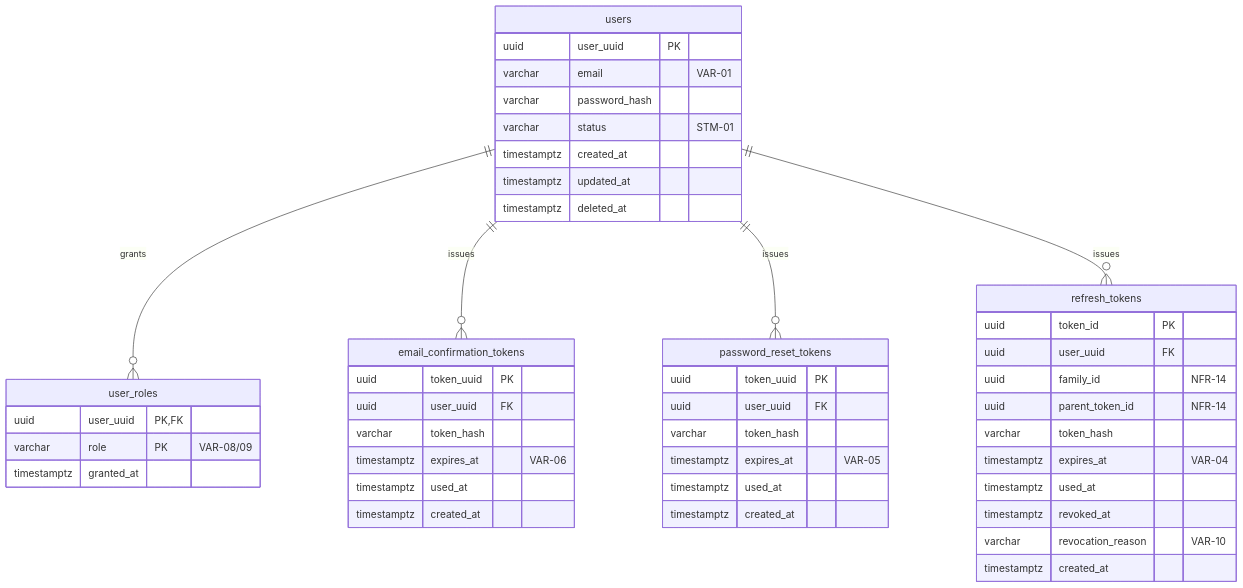
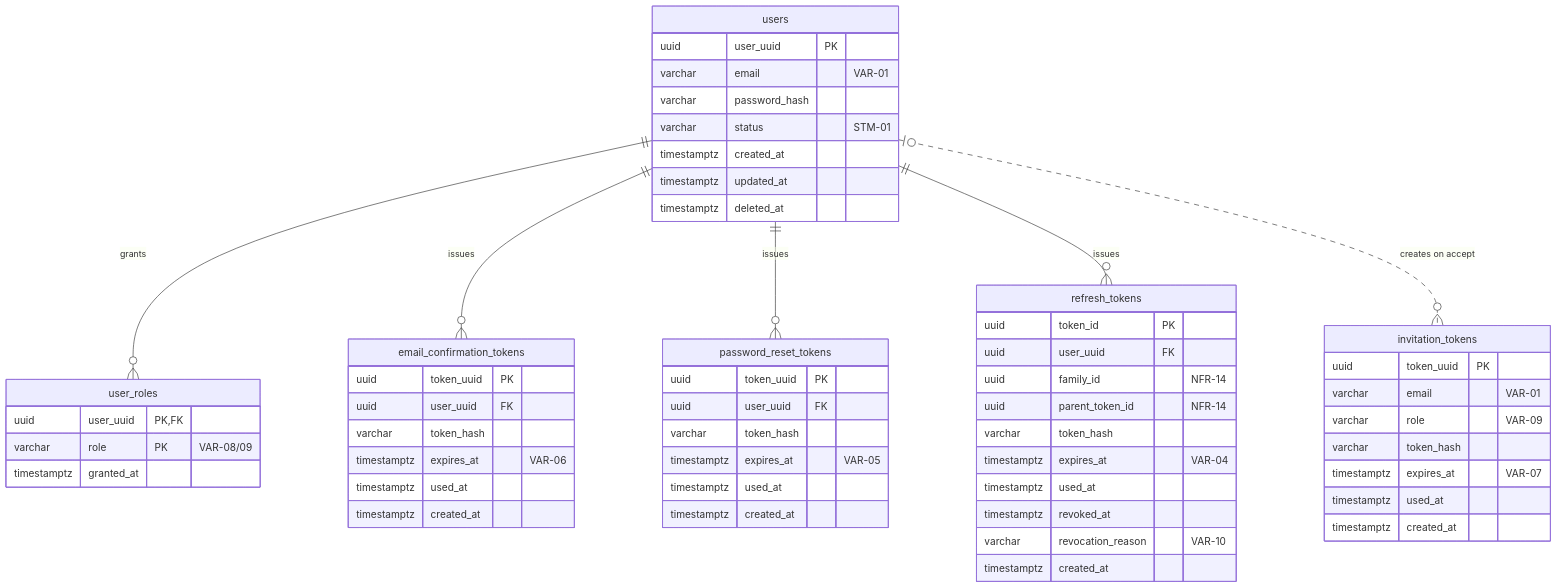
One commit to suunet/POC_HYDRA_AUTH changed the diagram in backend/auth/adapters/db/SCHEMA.md. Above: the diagram before and after it, drawn with Mermaid. The commit also changed other lines of this file and 6 other files, not shown here.

Commit message:
feat(T-019): cycle 4 - invitation_tokens基盤(migration 0006・sqlc生成・domain.NewInvitationToken・発行Tx/受付Txリポジトリ・users_email_unique写像・SCHEMA追従)

````diff
--- a/backend/auth/adapters/db/SCHEMA.md
+++ b/backend/auth/adapters/db/SCHEMA.md
@@ -7,50 +7,60 @@
 ```mermaid
 erDiagram
     users ||--o{ user_roles : "grants"
     users ||--o{ email_confirmation_tokens : "issues"
     users ||--o{ password_reset_tokens : "issues"
     users ||--o{ refresh_tokens : "issues"
+    users |o..o{ invitation_tokens : "creates on accept"
 
     users {
         uuid user_uuid PK
         varchar email "VAR-01"
         varchar password_hash
         varchar status "STM-01"
         timestamptz created_at
         timestamptz updated_at
         timestamptz deleted_at
     }
     user_roles {
         uuid user_uuid PK,FK
         varchar role PK "VAR-08/09"
         timestamptz granted_at
     }
     email_confirmation_tokens {
         uuid token_uuid PK
         uuid user_uuid FK
         varchar token_hash
         timestamptz expires_at "VAR-06"
+        timestamptz used_at
+        timestamptz created_at
+    }
+    invitation_tokens {
+        uuid token_uuid PK
+        varchar email "VAR-01"
+        varchar role "VAR-09"
+        varchar token_hash
+        timestamptz expires_at "VAR-07"
         timestamptz used_at
         timestamptz created_at
     }
     password_reset_tokens {
         uuid token_uuid PK
         uuid user_uuid FK
         varchar token_hash
         timestamptz expires_at "VAR-05"
         timestamptz used_at
         timestamptz created_at
     }
     refresh_tokens {
         uuid token_id PK
         uuid user_uuid FK
         uuid family_id "NFR-14"
         uuid parent_token_id "NFR-14"
         varchar token_hash
         timestamptz expires_at "VAR-04"
         timestamptz used_at
         timestamptz revoked_at
         varchar revocation_reason "VAR-10"
         timestamptz created_at
     }
 ```
````
